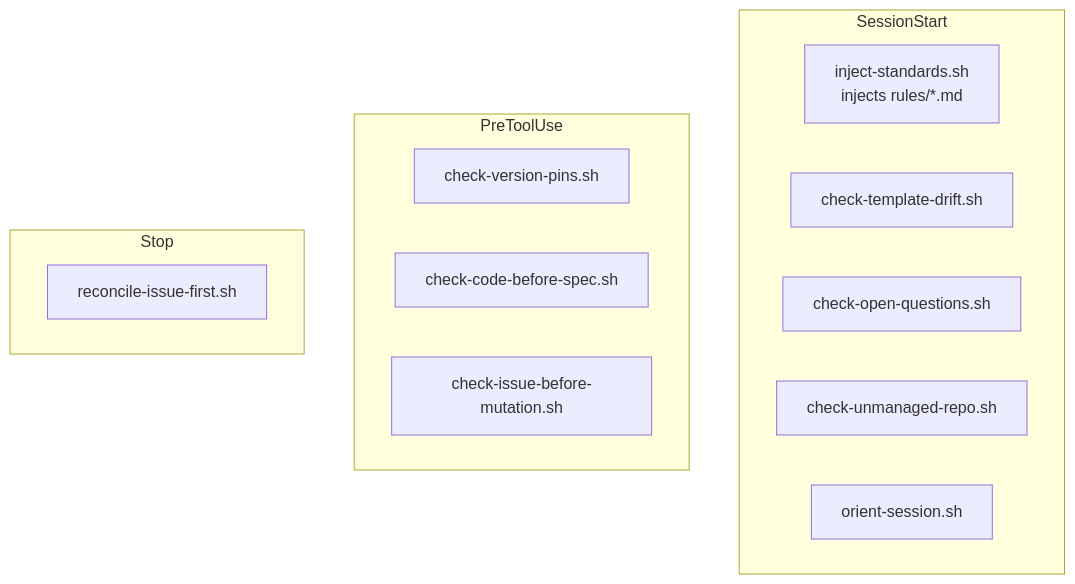
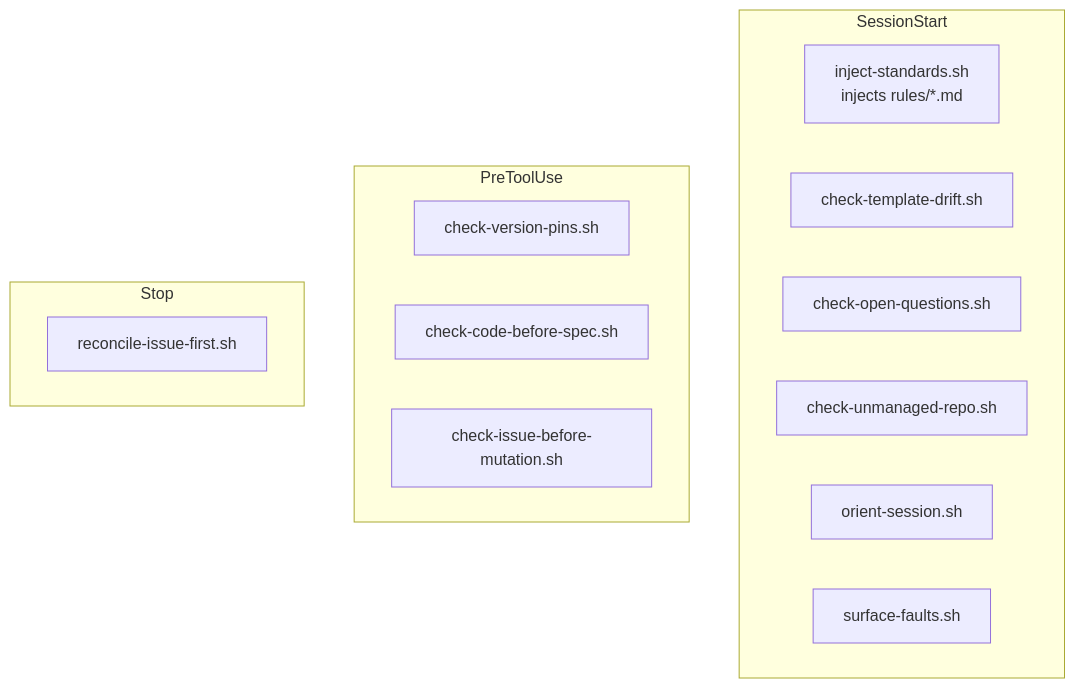
Before and after one commit to element22llc/e22-plugins: the diagram in docs/reference/hooks.md, drawn with Mermaid. The commit also changed other lines of this file and 15 other files, not shown here.

````diff
--- a/docs/reference/hooks.md
+++ b/docs/reference/hooks.md
@@ -19,18 +19,19 @@
 ```mermaid
 flowchart TD
     subgraph SessionStart
       inject[inject-standards.sh<br/>injects rules/*.md]
       drift[check-template-drift.sh]
       oq[check-open-questions.sh]
       unmanaged[check-unmanaged-repo.sh]
       orient[orient-session.sh]
+      faults[surface-faults.sh]
     end
     subgraph PreToolUse
       pins[check-version-pins.sh]
       cbs[check-code-before-spec.sh]
       ibm[check-issue-before-mutation.sh]
     end
     subgraph Stop
       reconcile[reconcile-issue-first.sh]
     end
 ```
````
